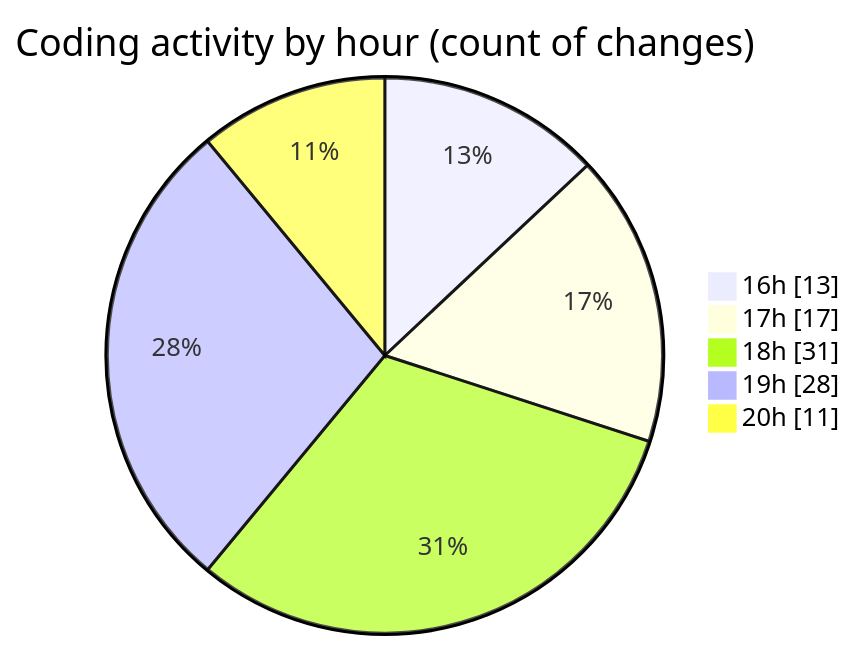
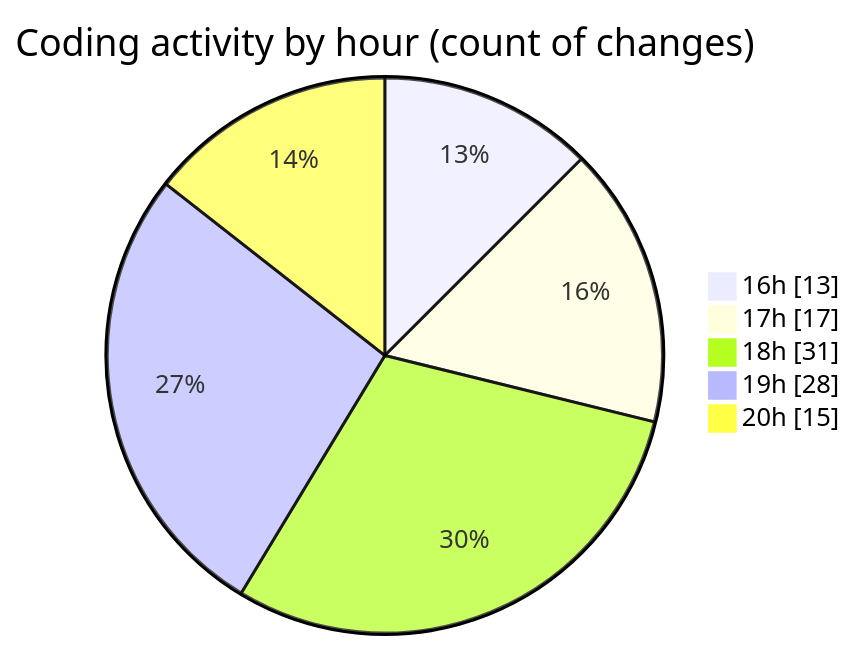
The second of 2 diagrams in 2025-05-28/studio-backend/README.md (idhammustaqopulfikri/code-tracking), drawn with Mermaid before and after one commit. The commit also changed other lines of this file and 1 other file, not shown here.

````diff
--- a/2025-05-28/studio-backend/README.md
+++ b/2025-05-28/studio-backend/README.md
@@ -54,9 +54,9 @@
 ```mermaid
 pie showData
 title Coding activity by hour (count of changes)
 "16h" : 13
 "17h" : 17
 "18h" : 31
 "19h" : 28
-"20h" : 11
+"20h" : 15
 ```
````
